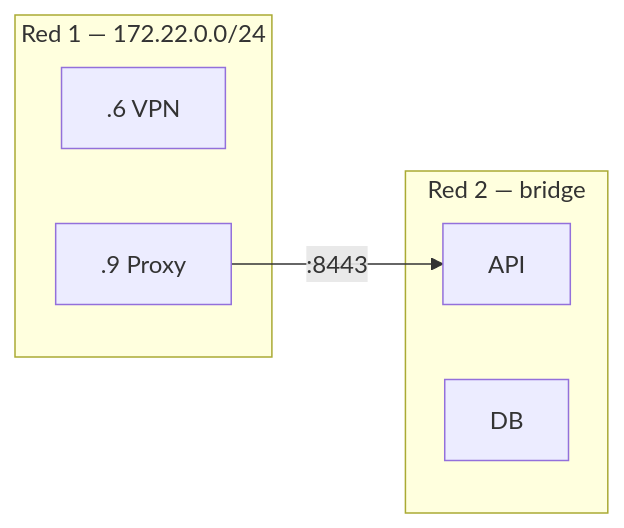
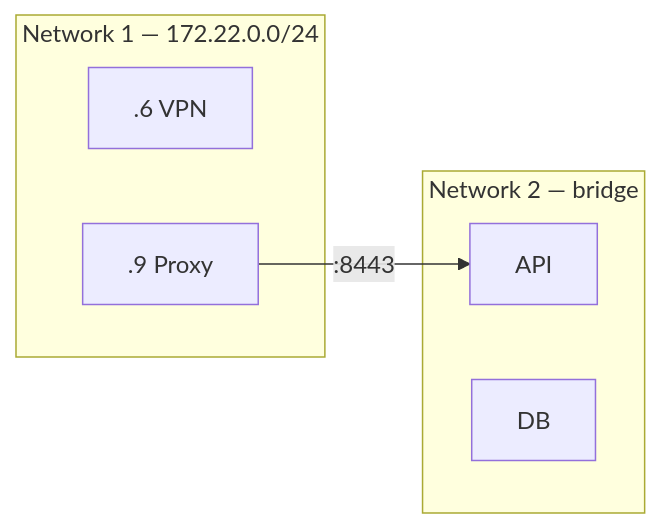
One commit to elisaul77/Orquestacion_Agentes_claude changed the second of 7 diagrams in skills/arquitec-dev-ia/assets/catalogo_mermaid.md. Above: the diagram before and after it, drawn with Mermaid. The commit also changed other lines of this file and 14 other files, not shown here.

````diff
--- a/skills/arquitec-dev-ia/assets/catalogo_mermaid.md
+++ b/skills/arquitec-dev-ia/assets/catalogo_mermaid.md
@@ -21,12 +21,12 @@
 ```mermaid
 flowchart LR
-    subgraph NET1["Red 1 — 172.22.0.0/24"]
+    subgraph NET1["Network 1 — 172.22.0.0/24"]
         A[".6 VPN"]
         B[".9 Proxy"]
     end
-    subgraph NET2["Red 2 — bridge"]
+    subgraph NET2["Network 2 — bridge"]
         C["API"]
         D["DB"]
     end
     B -->|":8443"| C
 ```
````
